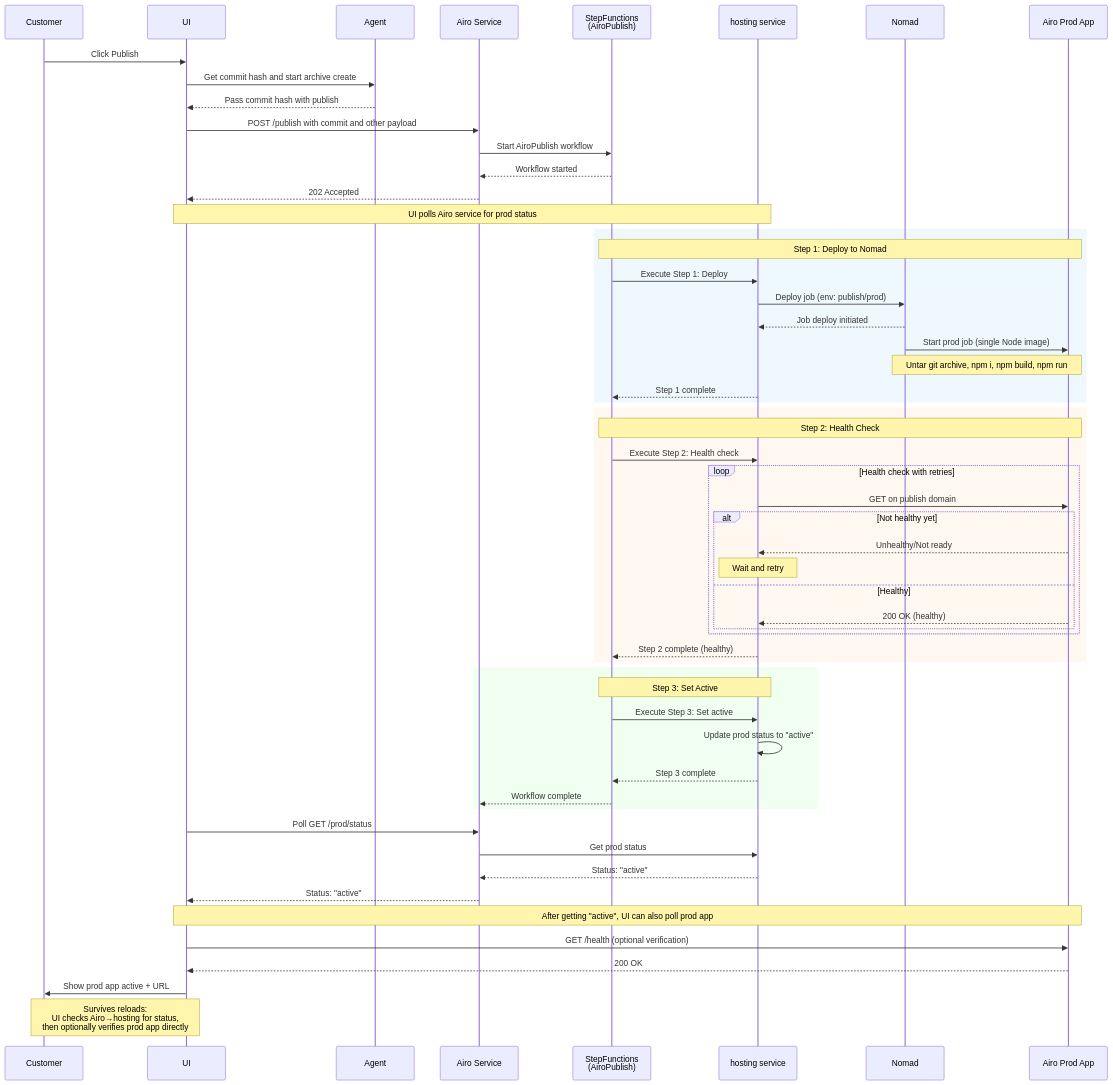
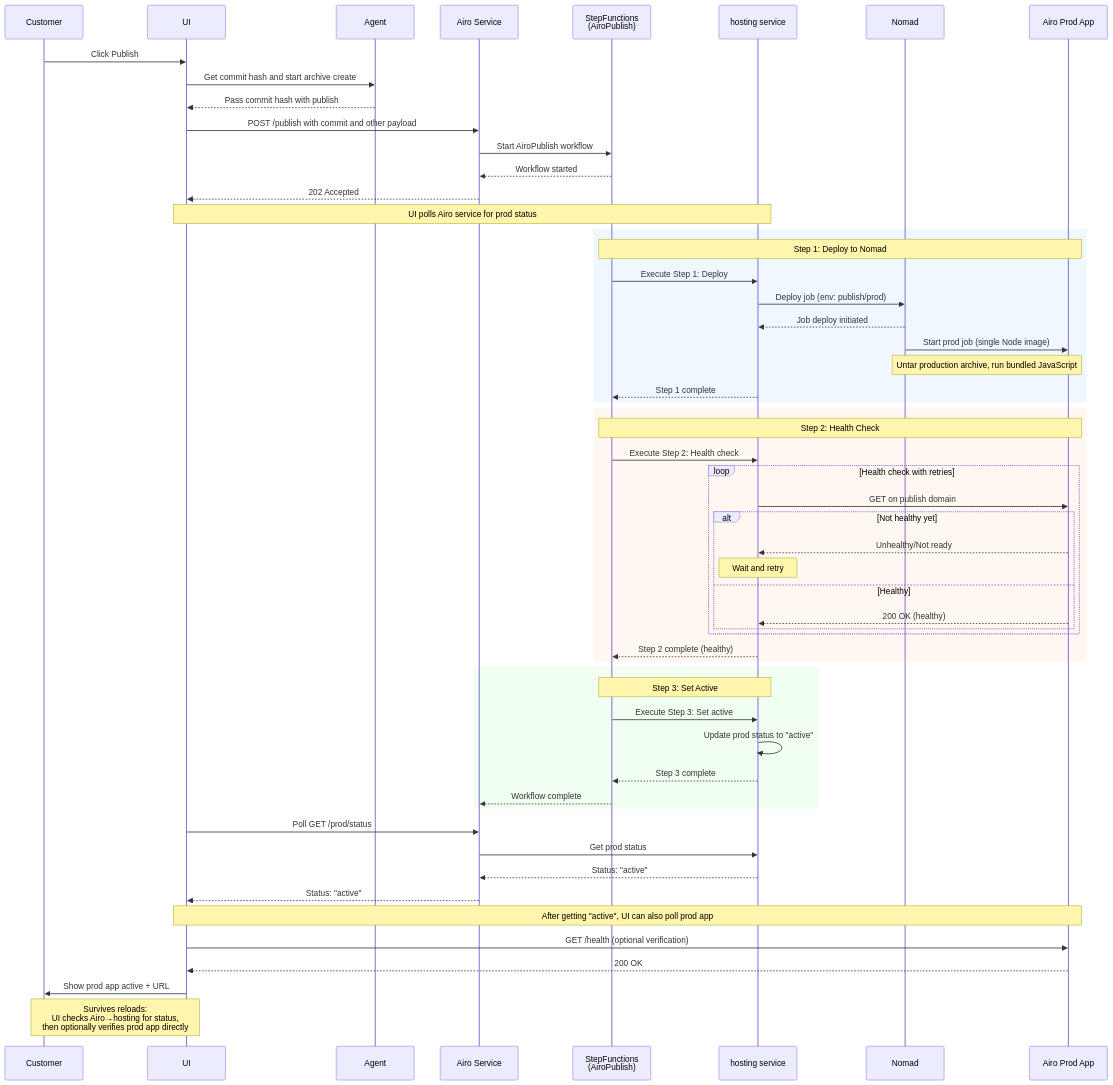
The first of 2 diagrams in docs/site-publish-doc.md (hsharif-godaddy/hackathon2026), drawn with Mermaid before and after one commit. The commit also changed other lines of this file and 10 other files, not shown here.

````diff
--- a/docs/site-publish-doc.md
+++ b/docs/site-publish-doc.md
@@ -5,58 +5,58 @@
 ```mermaid
 sequenceDiagram
     participant Customer
     participant UI
     participant Agent
     participant AiroService as Airo Service
     participant StepFunctions as StepFunctions<br/>(AiroPublish)
     participant Hosting as hosting service
     participant Nomad
     participant ProdApp as Airo Prod App
     Customer->>UI: Click Publish
     UI->>Agent: Get commit hash and start archive create
     Agent-->>UI: Pass commit hash with publish
     UI->>AiroService: POST /publish with commit and other payload
     AiroService->>StepFunctions: Start AiroPublish workflow
     StepFunctions-->>AiroService: Workflow started
     AiroService-->>UI: 202 Accepted
     Note over UI,Hosting: UI polls Airo service for prod status
     rect rgb(240, 248, 255)
         Note over StepFunctions,ProdApp: Step 1: Deploy to Nomad
         StepFunctions->>Hosting: Execute Step 1: Deploy
         Hosting->>Nomad: Deploy job (env: publish/prod)
         Nomad-->>Hosting: Job deploy initiated
         Nomad->>ProdApp: Start prod job (single Node image)
-        Note over Nomad,ProdApp: Untar git archive, npm i, npm build, npm run
+        Note over Nomad,ProdApp: Untar production archive, run bundled JavaScript
         Hosting-->>StepFunctions: Step 1 complete
     end
     rect rgb(255, 248, 240)
         Note over StepFunctions,ProdApp: Step 2: Health Check
         StepFunctions->>Hosting: Execute Step 2: Health check
         loop Health check with retries
             Hosting->>ProdApp: GET on publish domain
             alt Not healthy yet
                 ProdApp-->>Hosting: Unhealthy/Not ready
                 Note over Hosting: Wait and retry
             else Healthy
                 ProdApp-->>Hosting: 200 OK (healthy)
             end
         end
         Hosting-->>StepFunctions: Step 2 complete (healthy)
     end
     rect rgb(240, 255, 240)
         Note over StepFunctions,Hosting: Step 3: Set Active
         StepFunctions->>Hosting: Execute Step 3: Set active
         Hosting->>Hosting: Update prod status to "active"
         Hosting-->>StepFunctions: Step 3 complete
         StepFunctions-->>AiroService: Workflow complete
     end
     UI->>AiroService: Poll GET /prod/status
     AiroService->>Hosting: Get prod status
     Hosting-->>AiroService: Status: "active"
     AiroService-->>UI: Status: "active"
     Note over UI,ProdApp: After getting "active", UI can also poll prod app
     UI->>ProdApp: GET /health (optional verification)
     ProdApp-->>UI: 200 OK
     UI->>Customer: Show prod app active + URL
     Note over UI,Customer: Survives reloads:<br/>UI checks Airo→hosting for status,<br/>then optionally verifies prod app directly
 ```
````
